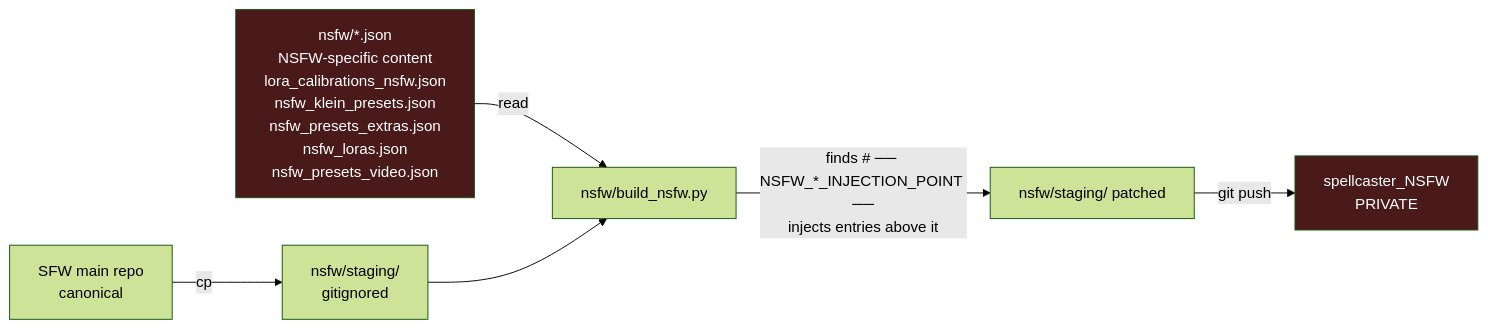
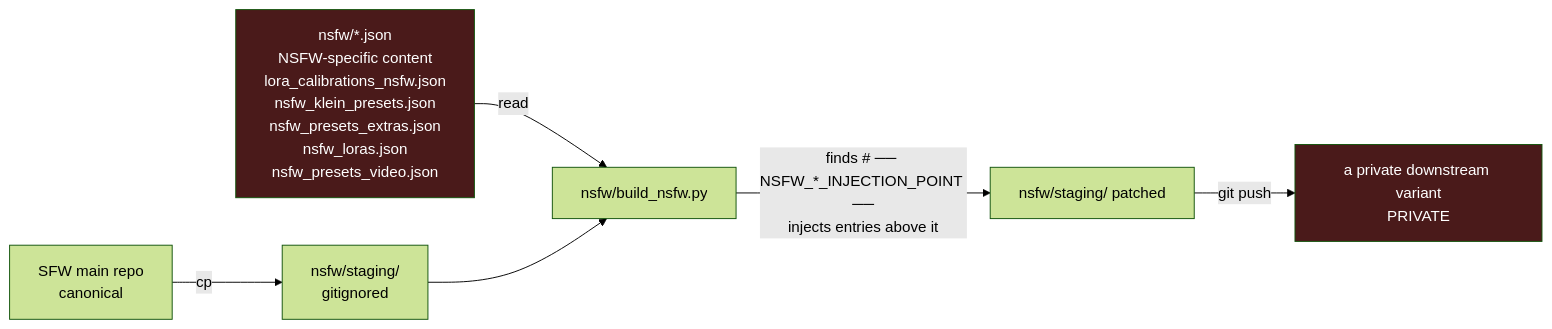
Before and after one commit to laboratoiresonore/spellcaster: the sixth of 6 diagrams in DEEP_DIVE.md, drawn with Mermaid (forest theme). The commit also changed other lines of this file and 1 other file, not shown here.

First line of the commit message:
docs: genericize private-downstream-variant references in dev docs

````diff
--- a/DEEP_DIVE.md
+++ b/DEEP_DIVE.md
@@ -984,11 +984,11 @@
 ```mermaid
 flowchart LR
     SFW[SFW main repo<br/>canonical] -->|cp| STAGE[nsfw/staging/<br/>gitignored]
     DATA[nsfw/*.json<br/>NSFW-specific content<br/>lora_calibrations_nsfw.json<br/>nsfw_klein_presets.json<br/>nsfw_presets_extras.json<br/>nsfw_loras.json<br/>nsfw_presets_video.json] -->|read| PATCHER[nsfw/build_nsfw.py]
     STAGE --> PATCHER
     PATCHER -->|finds # ── NSFW_*_INJECTION_POINT ──<br/>injects entries above it| PATCHED[nsfw/staging/ patched]
-    PATCHED -->|git push| NSFW_REPO[spellcaster_NSFW<br/>PRIVATE]
+    PATCHED -->|git push| NSFW_REPO[a private downstream variant<br/>PRIVATE]
 
     style DATA fill:#4a1a1a,color:#fff
     style NSFW_REPO fill:#4a1a1a,color:#fff
 ```
````
